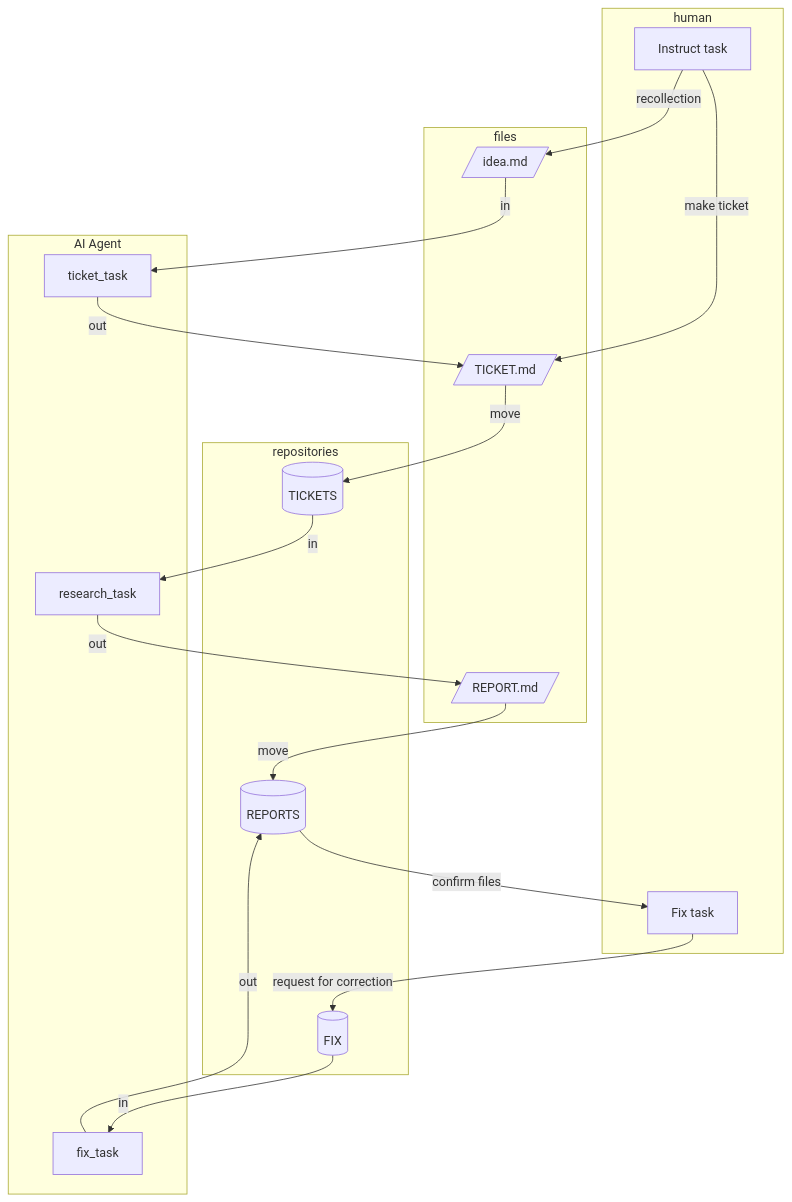
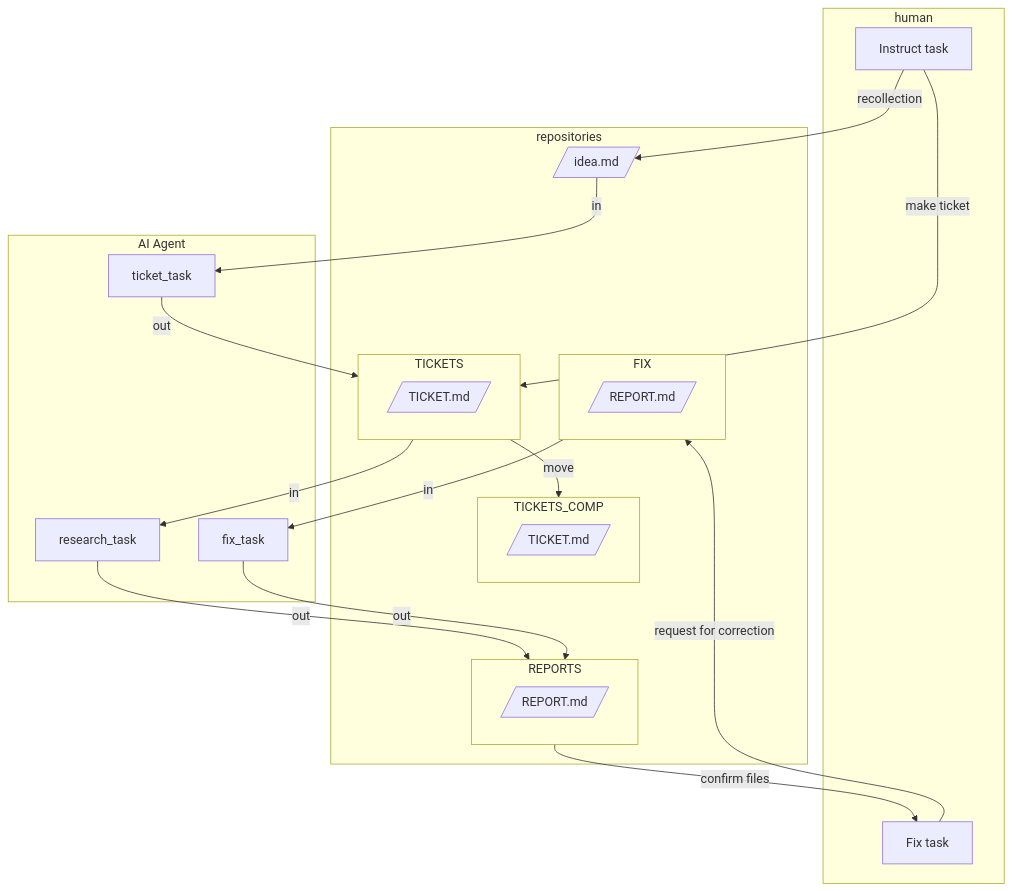
Before and after one commit to HiddenUtility/genesis-agent: the diagram in README.md, drawn with Mermaid. The commit also changed other lines of this file and 7 other files, not shown here.

````diff
--- a/README.md
+++ b/README.md
@@ -20,43 +47,45 @@
 ```mermaid
 graph TD
-
     subgraph human
       human_task["Instruct task"]
       human_fix_task["Fix task"]
-
     end
 
-    subgraph files
-        idea[/"idea.md"/]
-        ticket[/"TICKET.md"/]
-        report[/"REPORT.md"/]
-    end
-
-    subgraph repositories
-        ticket_dir[("TICKETS")]
-        report_dir[("REPORTS")]
-        fix_dir[("FIX")]
-    end
-
-    subgraph AI Agent
+    subgraph "AI Agent"
         ticket_task
         research_task
         fix_task
     end
     
-    human_task --"make ticket"--> ticket
+    subgraph repositories
+        idea[/idea.md/]
+
+        subgraph ticket_dir["TICKETS"]
+            ticket_0[/TICKET.md/]
+        end
+
+        subgraph ticket_comp_dir["TICKETS_COMP"]
+            ticket_1[/TICKET.md/]
+        end
+
+        subgraph report_dir["REPORTS"]
+            report_1[/REPORT.md/]
+        end
+
+        subgraph fix_dir["FIX"]
+            report_2[/REPORT.md/]
+        end
+    end
+
+    human_task --"make ticket" --> ticket_dir
     human_task --"recollection"--> idea
     human_fix_task --"request for correction"--> fix_dir
     report_dir --"confirm files"--> human_fix_task
     idea --"in"--> ticket_task
-    ticket_task --"out"--> ticket
-    ticket --"move"--> ticket_dir
+    ticket_task --"out"--> ticket_dir
     ticket_dir --"in"--> research_task
-    research_task --"out"--> report
-    report --"move"--> report_dir
+    ticket_dir --"move"--> ticket_comp_dir
+    research_task --"out"--> report_dir
     fix_task --"out"--> report_dir
-    fix_dir --"in"--> fix_task
-
-
-
+    fix_dir --"in"--> fix_task 
 ```
````
